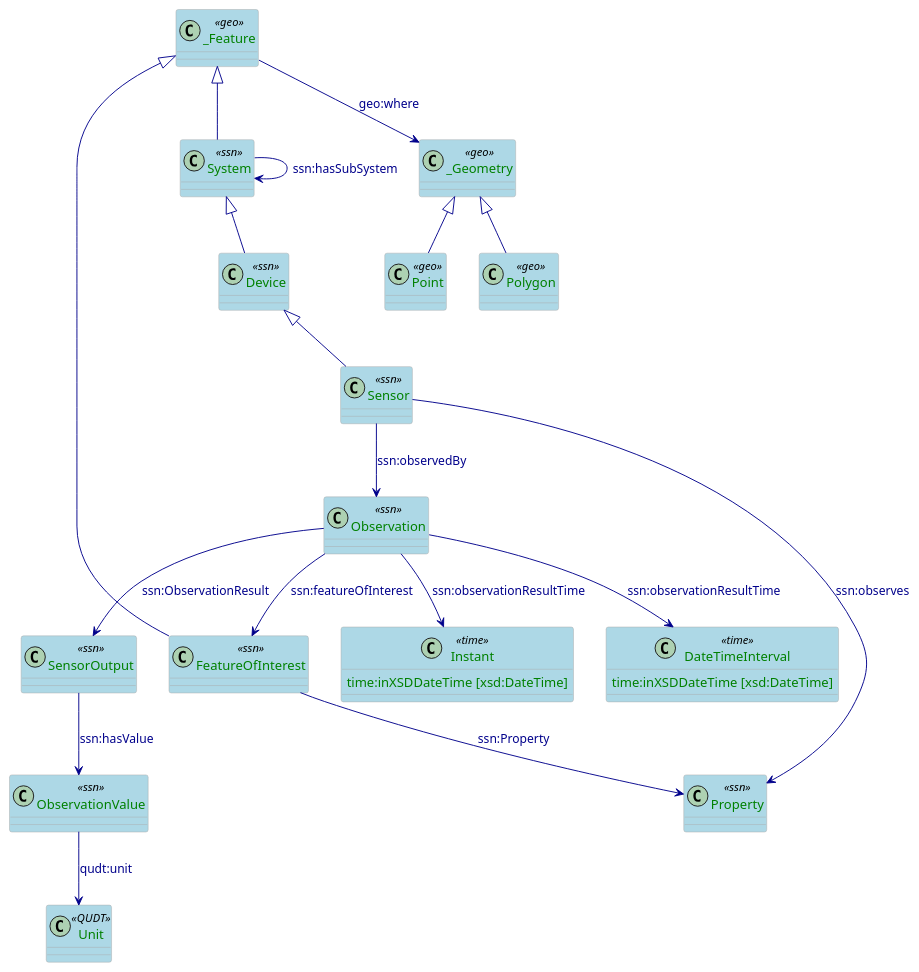
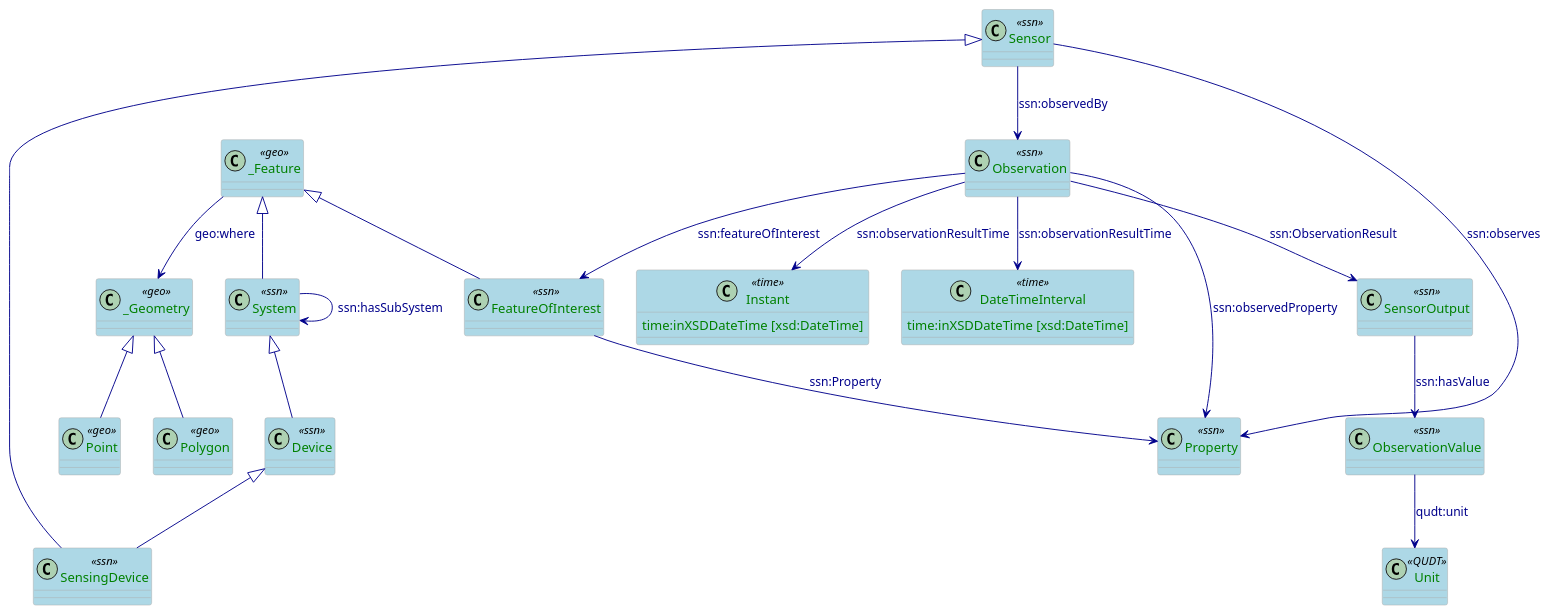
Before and after one commit to HIT2GAP-EU-PROJECT/BEMOnt: the diagram in docs/plantuml/SensorRepresentation.puml, drawn with PlantUML. The commit also changed 6 other files, not shown here.

```diff
--- a/docs/plantuml/SensorRepresentation.puml
+++ b/docs/plantuml/SensorRepresentation.puml
@@ -1,74 +1,77 @@
 @startuml
 
 skinparam class {
   ArrowColor DarkBlue
   ArrowFontColor DarkBlue
   BackgroundColor LightBlue
   BorderColor DarkGrey
 }
 skinparam stereotypeCBackgroundColor Wheat
 skinparam classAttributeFontColor  Green
 
 
 /'
  Definition of the classes referring the SSN-core part
 '/
 class System <<ssn>>
 class Device <<ssn>>
 class Sensor <<ssn>>
+class SensingDevice <<ssn>>
 class Observation <<ssn>>
 class FeatureOfInterest <<ssn>>
 class Property <<ssn>>
 class SensorOutput <<ssn>>
 class ObservationValue <<ssn>>
 class Instant <<time>>{
     time:inXSDDateTime [xsd:DateTime]
 }
 class DateTimeInterval <<time>>{
     time:inXSDDateTime [xsd:DateTime]
 }
 class Unit <<QUDT>>
 
 
 
 /'
   Definition of the Geo-core part
 '/
 class _Feature <<geo>>
 class _Geometry <<geo>>
 class Point <<geo>>
 class Polygon <<geo>>
 
 
 /'
  Definition of the SSN model to model the sensor observation of the building
  facilities
 '/
 
 System --> System: ssn:hasSubSystem
 System <|-- Device
-Device <|-- Sensor
+Device <|-- SensingDevice
+Sensor <|-- SensingDevice
 Sensor --> Observation: ssn:observedBy
 Sensor --> Property: ssn:observes
 Observation --> FeatureOfInterest: ssn:featureOfInterest
+Observation --> Property: ssn:observedProperty
 FeatureOfInterest --> Property: ssn:Property
 Observation --> SensorOutput: ssn:ObservationResult
 SensorOutput --> ObservationValue: ssn:hasValue
 ObservationValue --> Unit: qudt:unit
 Observation --> Instant: ssn:observationResultTime
 Observation --> DateTimeInterval: ssn:observationResultTime
 
 /'
   Definition of the geospatial part using GeoOWL ontology
 '/
 
 _Feature --> _Geometry: geo:where
 _Geometry <|-- Point
 _Geometry <|-- Polygon
 
 _Feature <|-- FeatureOfInterest
 _Feature <|-- System
 
 
 
 @enduml
```
